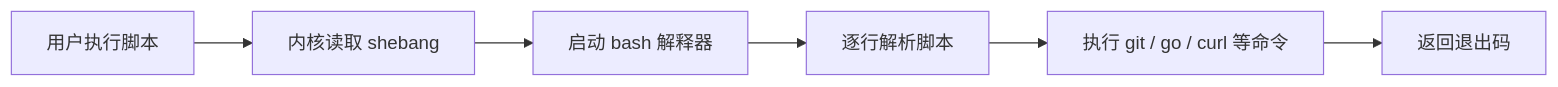
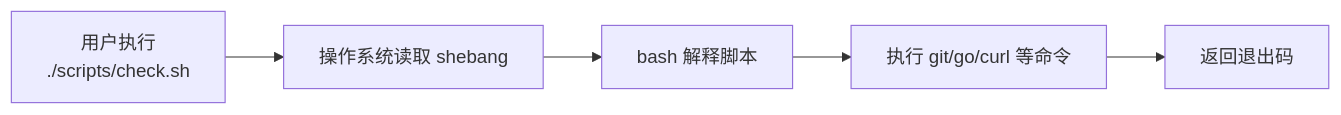
Before and after one commit to yleoer/cloud-native-todo-platform-docs: the second of 2 diagrams in docs/chapters/stage-01-foundation/06-shell-scripting.md, drawn with Mermaid. The commit also changed other lines of this file and 3 other files, not shown here.

````diff
--- a/docs/chapters/stage-01-foundation/06-shell-scripting.md
+++ b/docs/chapters/stage-01-foundation/06-shell-scripting.md
@@ -341,11 +241,7 @@
 ```mermaid
 flowchart LR
-    User["用户执行脚本"]
-    Kernel["内核读取 shebang"]
-    Bash["启动 bash 解释器"]
-    Script["逐行解析脚本"]
-    Commands["执行 git / go / curl 等命令"]
-    Exit["返回退出码"]
-
-    User --> Kernel --> Bash --> Script --> Commands --> Exit
+    User["用户执行\n./scripts/check.sh"] --> Kernel["操作系统读取 shebang"]
+    Kernel --> Bash["bash 解释脚本"]
+    Bash --> Cmd["执行 git/go/curl 等命令"]
+    Cmd --> Code["返回退出码"]
 ```
````
